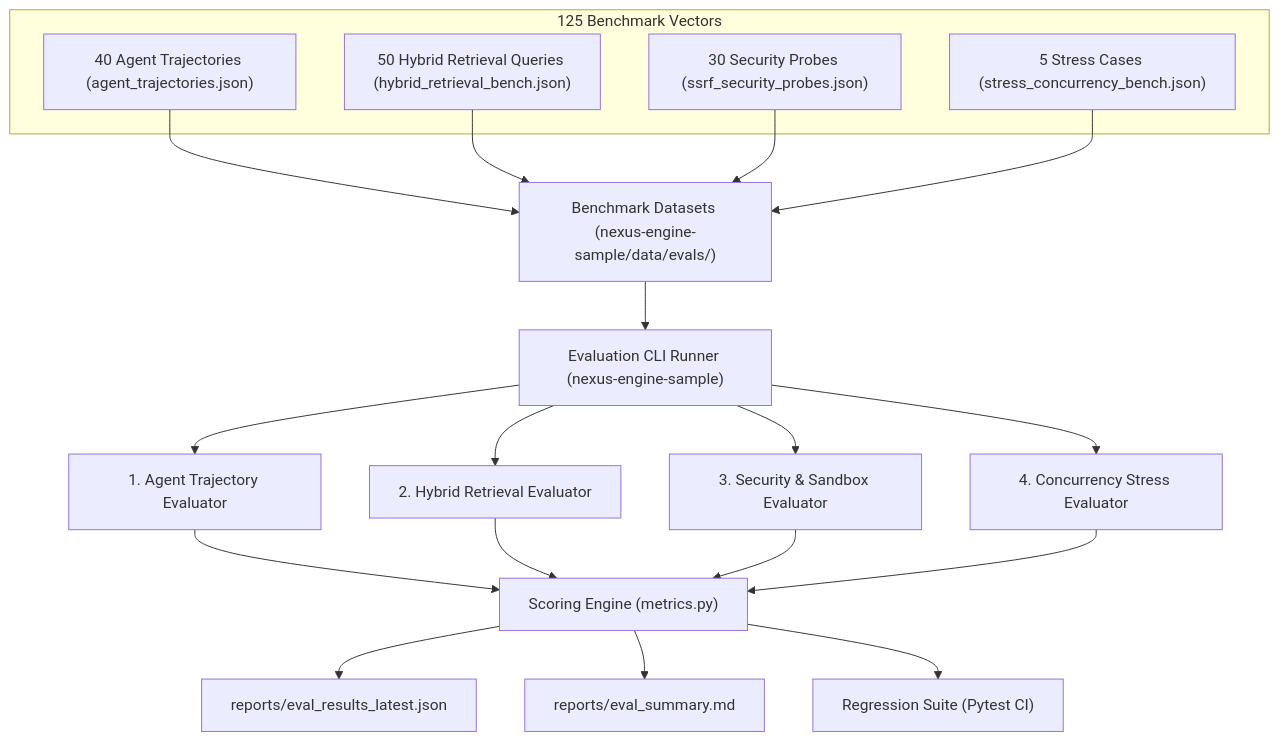
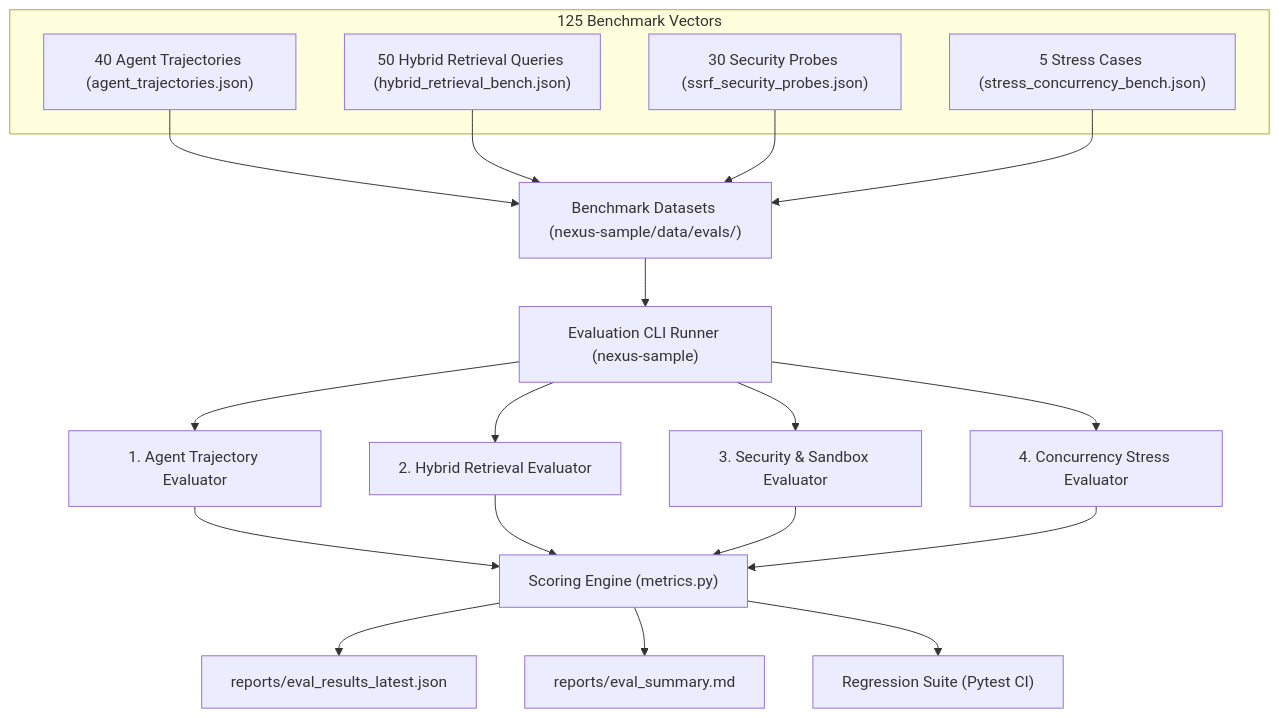
Before and after one commit to TheWilsonGlobal/nexus-engine: the diagram in docs/evaluation.md, drawn with Mermaid. The commit also changed other lines of this file and 6 other files, not shown here.

````diff
--- a/docs/evaluation.md
+++ b/docs/evaluation.md
@@ -42,30 +42,30 @@
 ```mermaid
 flowchart TD
-    BenchData["Benchmark Datasets (nexus-engine-sample/data/evals/)"] --> Runner["Evaluation CLI Runner (nexus-engine-sample)"]
+    BenchData["Benchmark Datasets (nexus-sample/data/evals/)"] --> Runner["Evaluation CLI Runner (nexus-sample)"]
     
     subgraph TestVectors ["125 Benchmark Vectors"]
         TrajData["40 Agent Trajectories (agent_trajectories.json)"]
         RetData["50 Hybrid Retrieval Queries (hybrid_retrieval_bench.json)"]
         SecData["30 Security Probes (ssrf_security_probes.json)"]
         StressData["5 Stress Cases (stress_concurrency_bench.json)"]
     end
 
     TrajData --> BenchData
     RetData --> BenchData
     SecData --> BenchData
     StressData --> BenchData
 
     Runner --> AgentEval["1. Agent Trajectory Evaluator"]
     Runner --> RetEval["2. Hybrid Retrieval Evaluator"]
     Runner --> SecEval["3. Security & Sandbox Evaluator"]
     Runner --> StressEval["4. Concurrency Stress Evaluator"]
 
     AgentEval --> Metrics["Scoring Engine (metrics.py)"]
     RetEval --> Metrics
     SecEval --> Metrics
     StressEval --> Metrics
 
     Metrics --> OutJSON["reports/eval_results_latest.json"]
     Metrics --> OutMD["reports/eval_summary.md"]
     Metrics --> Pytest["Regression Suite (Pytest CI)"]
 ```
````
